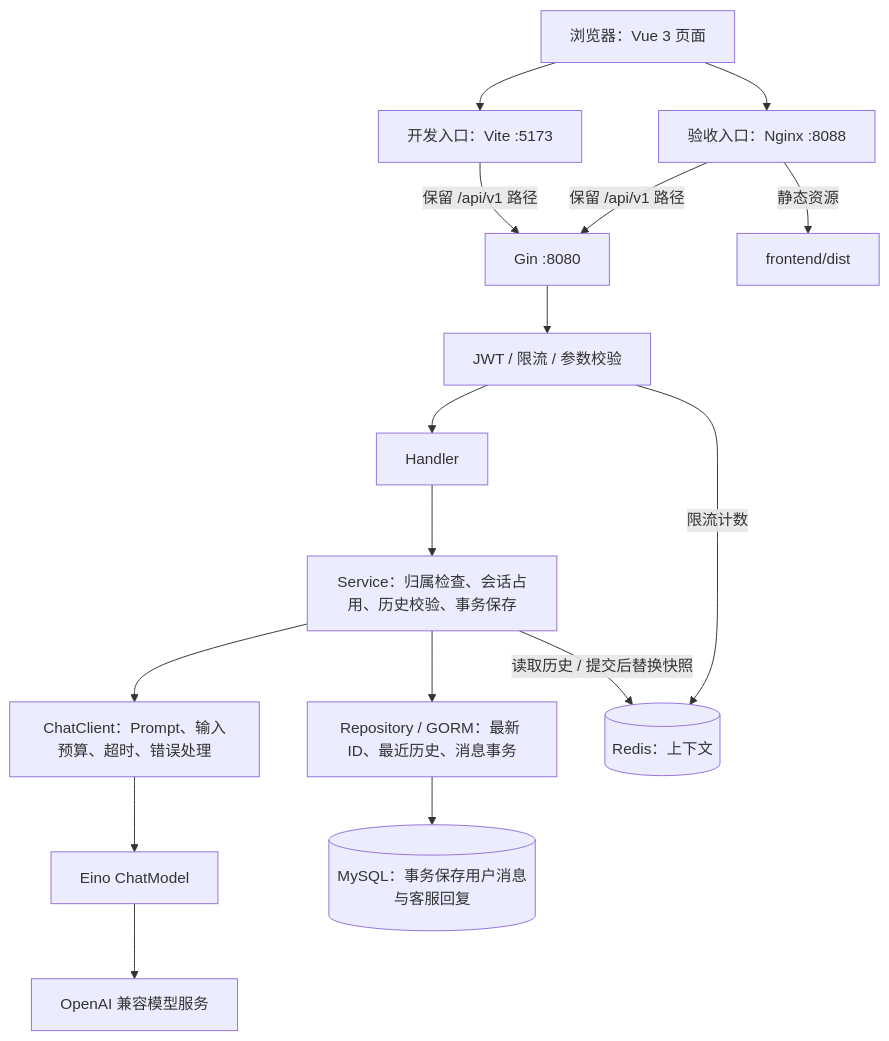
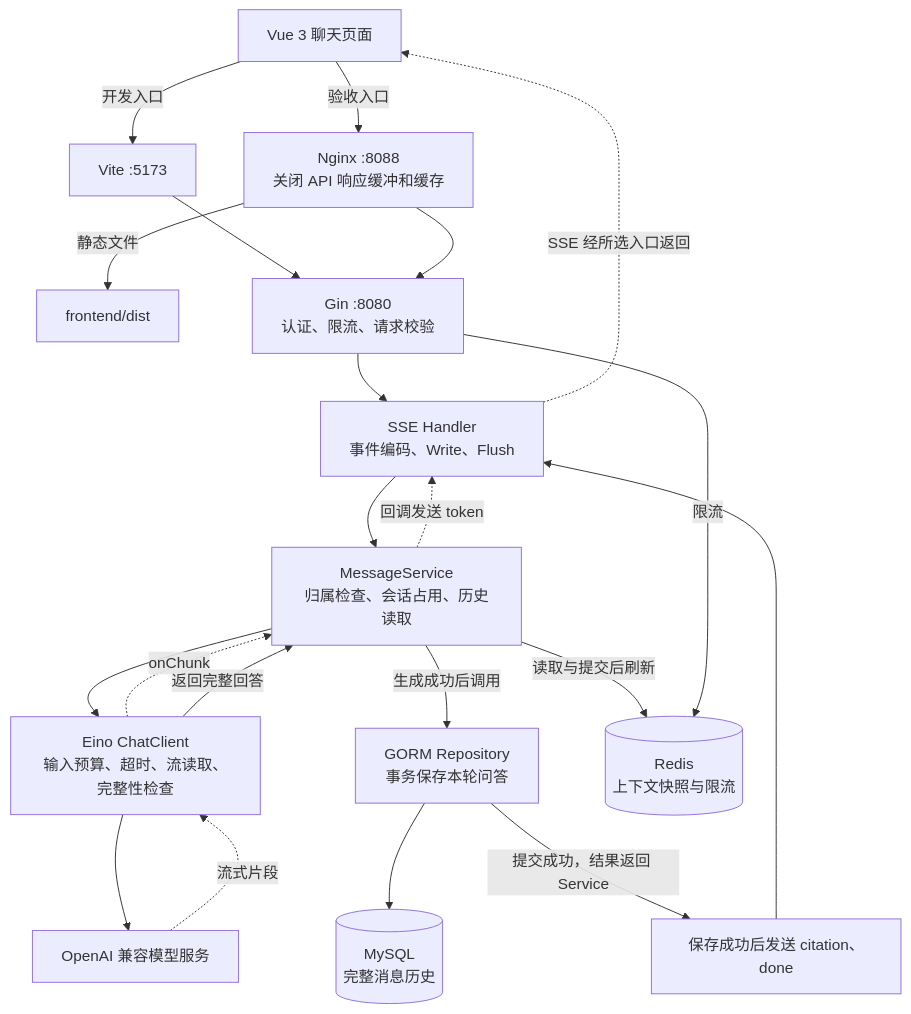
Before and after one commit to Kami1naBotan/video-support-agent: the diagram in README.md, drawn with Mermaid. The commit also changed other lines of this file and 42 other files, not shown here.

````diff
--- a/README.md
+++ b/README.md
@@ -238,23 +396,40 @@
 ```mermaid
 flowchart TD
-    Browser["浏览器：Vue 3 页面"]
+    Browser["Vue 3 聊天页面"]
+    Vite["Vite :5173"]
+    Nginx["Nginx :8088<br/>关闭 API 响应缓冲和缓存"]
+    Dist["frontend/dist"]
+    Gin["Gin :8080<br/>认证、限流、请求校验"]
+    Handler["SSE Handler<br/>事件编码、Write、Flush"]
+    Service["MessageService<br/>归属检查、会话占用、历史读取"]
+    Chat["Eino ChatClient<br/>输入预算、超时、流读取、完整性检查"]
+    Model["OpenAI 兼容模型服务"]
+    Repository["GORM Repository<br/>事务保存本轮问答"]
+    MySQL[("MySQL<br/>完整消息历史")]
+    Redis[("Redis<br/>上下文快照与限流")]
+    Done["保存成功后发送 citation、done"]
 
-    Browser --> Vite["开发入口：Vite :5173"]
-    Browser --> Nginx["验收入口：Nginx :8088"]
+    Browser -->|"开发入口"| Vite
+    Browser -->|"验收入口"| Nginx
+    Nginx -->|"静态文件"| Dist
+    Vite --> Gin
+    Nginx --> Gin
+    Gin --> Handler
+    Handler --> Service
+    Service --> Chat
+    Chat --> Model
 
-    Vite -->|"保留 /api/v1 路径"| Gin["Gin :8080"]
-    Nginx -->|"静态资源"| Dist["frontend/dist"]
-    Nginx -->|"保留 /api/v1 路径"| Gin
+    Model -.->|"流式片段"| Chat
+    Chat -.->|"onChunk"| Service
+    Service -.->|"回调发送 token"| Handler
+    Handler -.->|"SSE 经所选入口返回"| Browser
 
-    Gin --> Auth["JWT / 限流 / 参数校验"]
-    Auth --> Handler["Handler"]
-    Handler --> Service["Service：归属检查、会话占用、历史校验、事务保存"]
-    Service --> Chat["ChatClient：Prompt、输入预算、超时、错误处理"]
-    Chat --> Eino["Eino ChatModel"]
-    Eino --> LLM["OpenAI 兼容模型服务"]
-    Service --> Repository["Repository / GORM：最新 ID、最近历史、消息事务"]
-    Repository --> MySQL[("MySQL：事务保存用户消息与客服回复")]
+    Chat -->|"返回完整回答"| Service
+    Service -->|"生成成功后调用"| Repository
+    Repository --> MySQL
+    Service -->|"读取与提交后刷新"| Redis
+    Gin -->|"限流"| Redis
 
-    Service -->|"读取历史 / 提交后替换快照"| Redis[("Redis：上下文")]
-    Auth -->|"限流计数"| Redis
+    Repository -->|"提交成功，结果返回 Service"| Done
+    Done --> Handler
 ```
````
